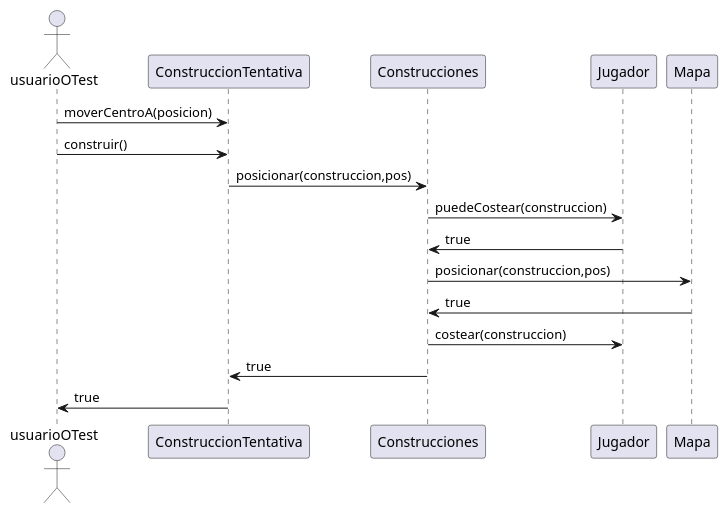
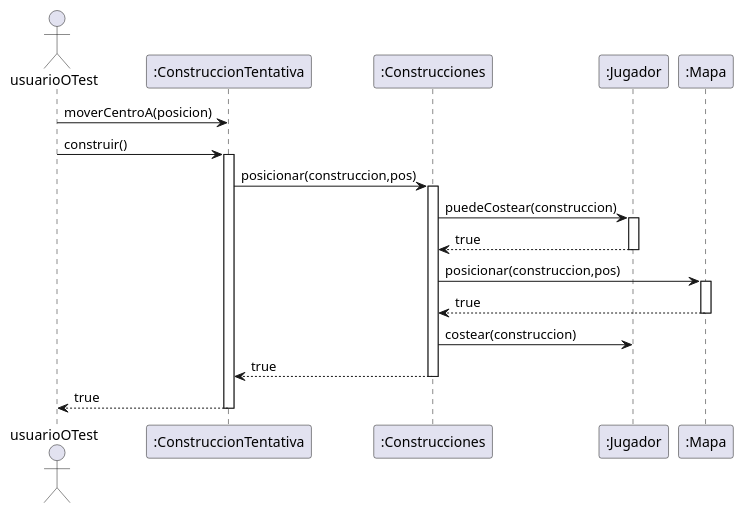
Before and after one commit to MarceloAgustinOrigoniGuillaume/Algo3_TP2_1C2023: the diagram in diagrams/sequences/prototipoMarcelo/construcciones/agregarConstruccion.puml, drawn with PlantUML. The commit also changed 6 other files, not shown here.

First line of the commit message:
haciendo mejor los diagramas

```diff
--- a/diagrams/sequences/prototipoMarcelo/construcciones/agregarConstruccion.puml
+++ b/diagrams/sequences/prototipoMarcelo/construcciones/agregarConstruccion.puml
@@ -1,23 +1,34 @@
 @startuml
 
 Actor usuarioOTest as usuario
+participant ":ConstruccionTentativa" as placing
+participant ":Construcciones" as buildings
+participant ":Jugador" as Jugador
+participant ":Mapa" as Mapa
 
-usuario -> ConstruccionTentativa : moverCentroA(posicion)
-usuario -> ConstruccionTentativa: construir()
+usuario -> placing : moverCentroA(posicion)
+usuario -> placing: construir()
+activate placing
 
-ConstruccionTentativa-> Construcciones: posicionar(construccion,pos)
+placing-> buildings: posicionar(construccion,pos)
+activate buildings
 
-Construcciones -> Jugador : puedeCostear(construccion)
-Jugador -> Construcciones : true
+buildings -> Jugador : puedeCostear(construccion)
+activate Jugador
+Jugador --> buildings : true
+deactivate Jugador
 
-Construcciones-> Mapa: posicionar(construccion,pos)
-Mapa-> Construcciones : true
+buildings-> Mapa: posicionar(construccion,pos)
+activate Mapa
+Mapa --> buildings : true
+deactivate Mapa
 
-Construcciones -> Jugador: costear(construccion)
+buildings -> Jugador: costear(construccion)
 
-Construcciones->ConstruccionTentativa : true
-ConstruccionTentativa-> usuario: true
-
+buildings-->placing : true
+deactivate buildings
+placing--> usuario: true
+deactivate placing
 
 
 @enduml
```
